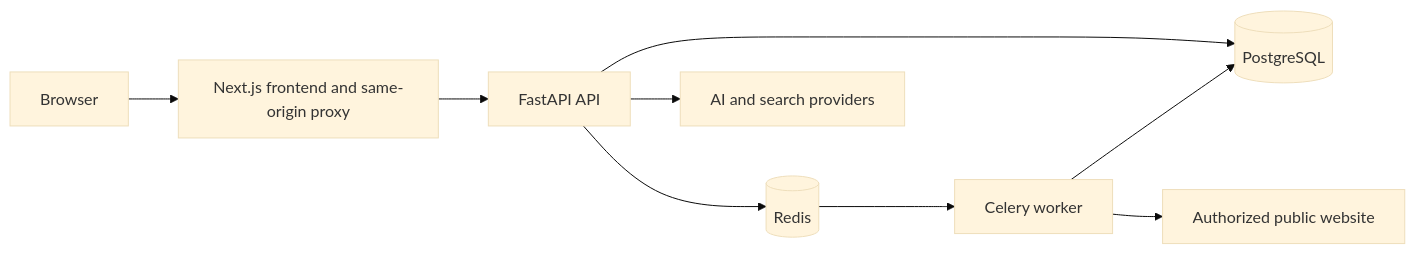
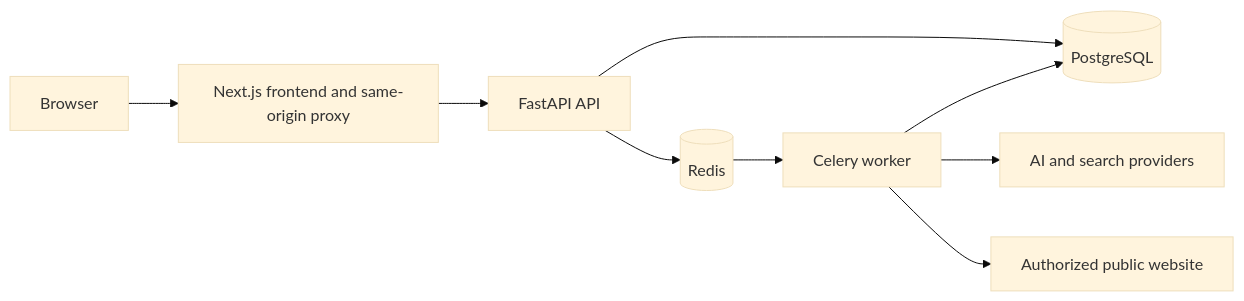
One commit to bhavyabafnaa/ai-visibility-analyzer changed the diagram in docs/architecture.md. Above: the diagram before and after it, drawn with Mermaid (base theme). The commit also changed other lines of this file and 3 other files, not shown here.

````diff
--- a/docs/architecture.md
+++ b/docs/architecture.md
@@ -12,11 +21,13 @@
 ```mermaid
 flowchart LR
     User[Browser] --> Web[Next.js frontend and same-origin proxy]
     Web --> API[FastAPI API]
+
     API --> DB[(PostgreSQL)]
     API --> Queue[(Redis)]
-    API --> Providers[AI and search providers]
+
     Queue --> Worker[Celery worker]
     Worker --> DB
+    Worker --> Providers[AI and search providers]
     Worker --> Site[Authorized public website]
 ```
````
